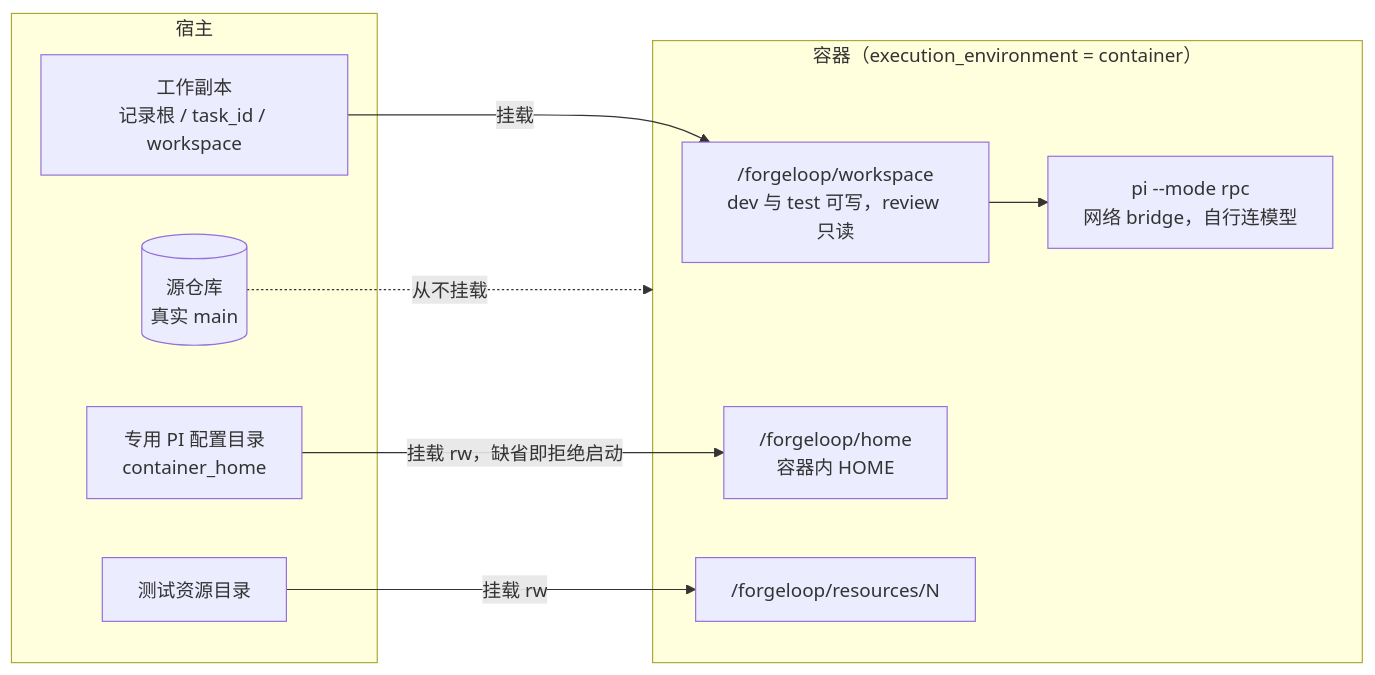
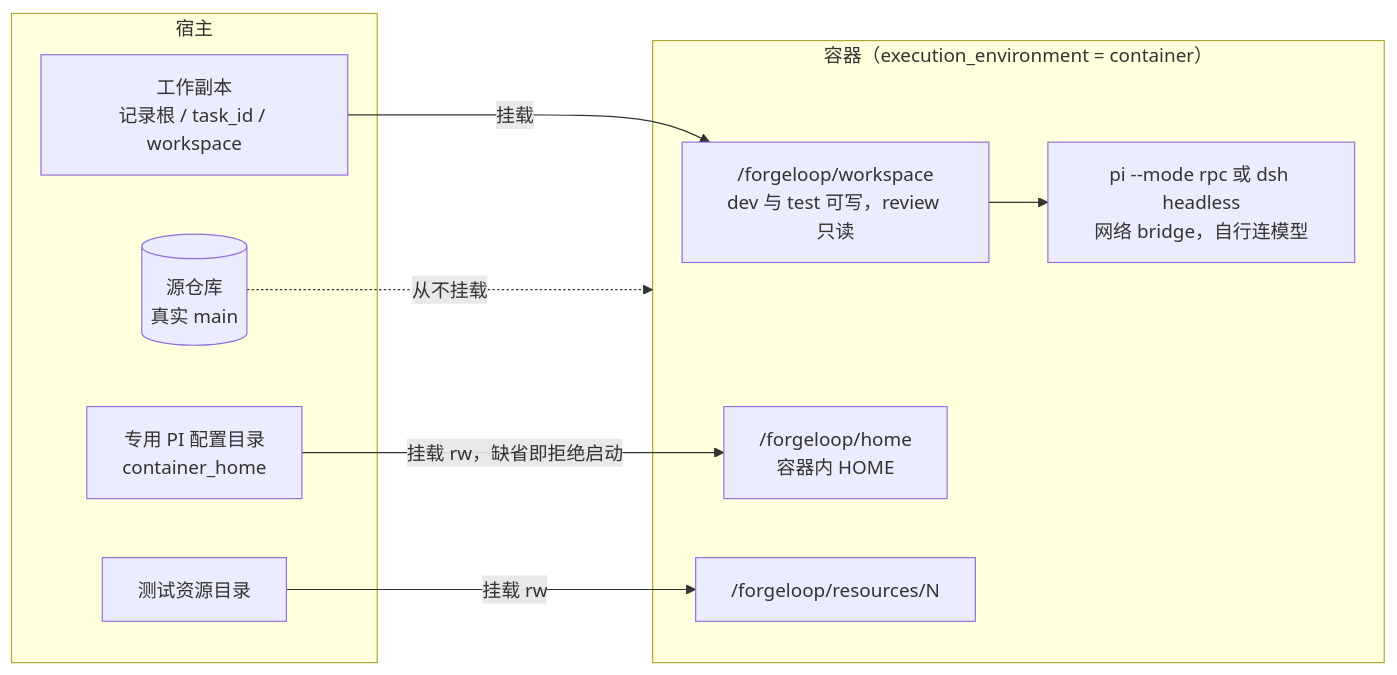
The sixth of 9 diagrams in docs/architecture.md (Lijiajin95/ForgeLoop), drawn with Mermaid before and after one commit. The commit also changed other lines of this file and 40 other files, not shown here.

````diff
--- a/docs/architecture.md
+++ b/docs/architecture.md
@@ -272,20 +279,20 @@
 ```mermaid
 flowchart LR
   subgraph HOST["宿主"]
     SRC[("源仓库<br/>真实 main")]
     WS["工作副本<br/>记录根 / task_id / workspace"]
     CH["专用 PI 配置目录<br/>container_home"]
     TR["测试资源目录"]
   end
   subgraph CONT["容器（execution_environment = container）"]
     CWS["/forgeloop/workspace<br/>dev 与 test 可写，review 只读"]
     CHOME["/forgeloop/home<br/>容器内 HOME"]
     CRES["/forgeloop/resources/N"]
-    PIR["pi --mode rpc<br/>网络 bridge，自行连模型"]
+    PIR["pi --mode rpc 或 dsh headless<br/>网络 bridge，自行连模型"]
   end
   WS -->|"挂载"| CWS
   CH -->|"挂载 rw，缺省即拒绝启动"| CHOME
   TR -->|"挂载 rw"| CRES
   SRC -.->|"从不挂载"| CONT
   CWS --> PIR
 ```
````
